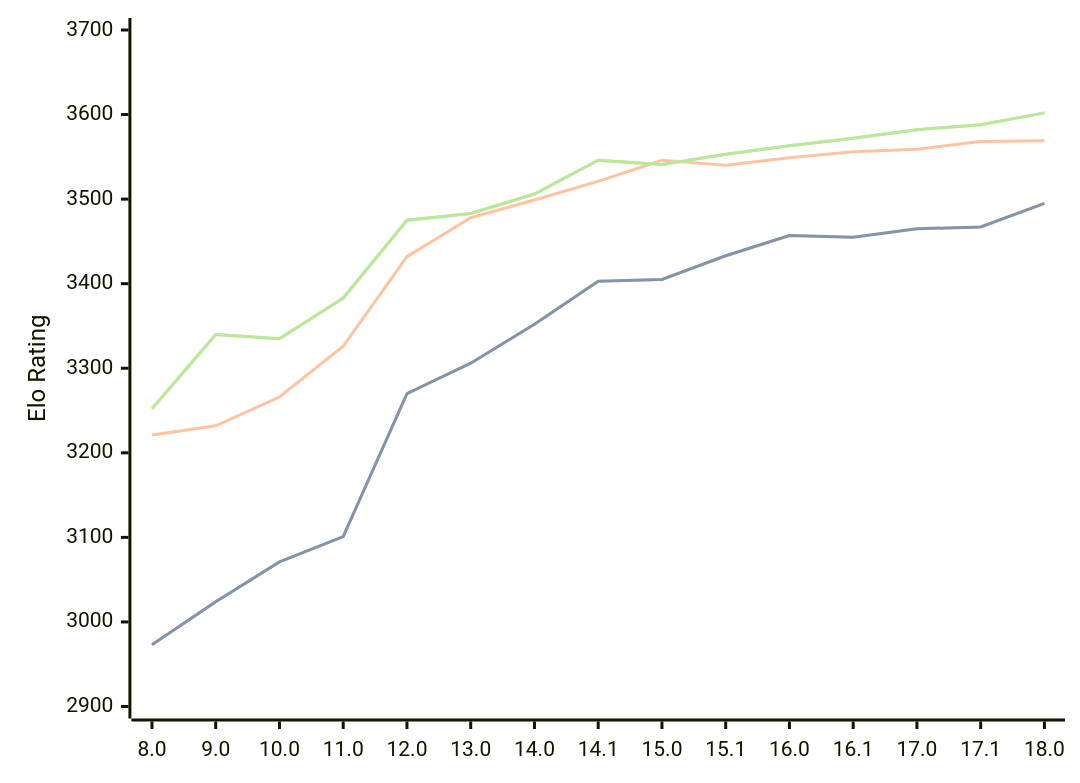
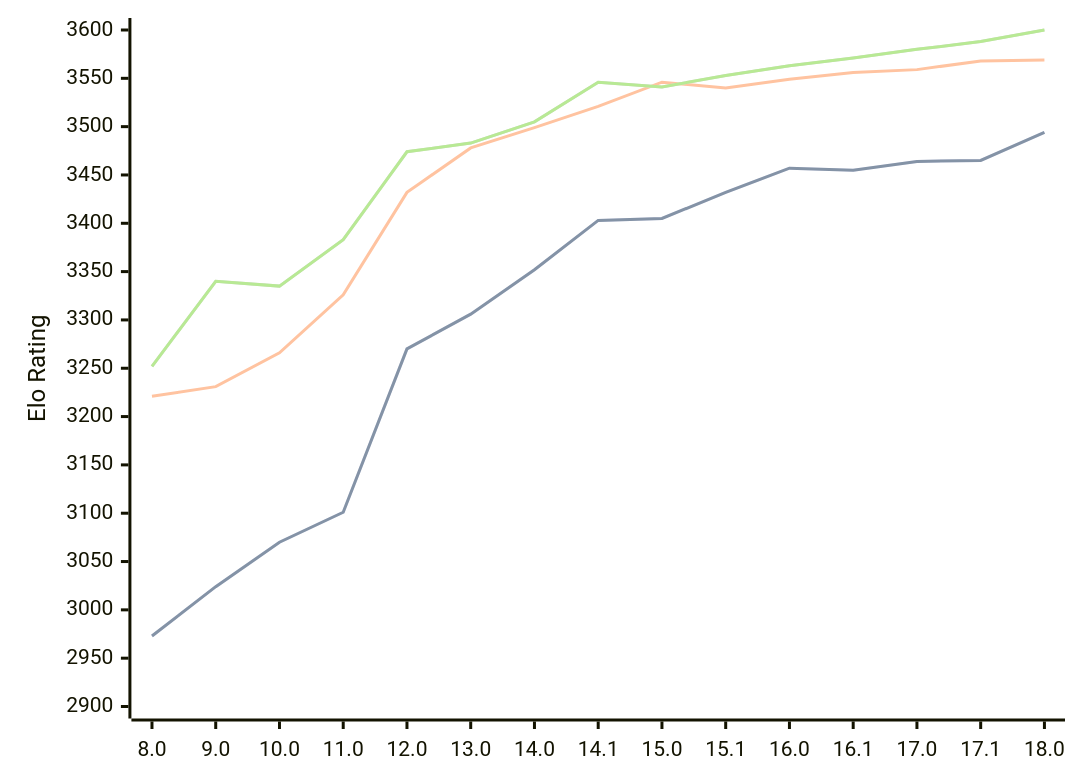
One commit to computer-chess-index/cci changed the diagram in engines/Stockfish.md. Above: the diagram before and after it, drawn with Mermaid. The commit also changed other lines of this file, not shown here.

Commit message:
Update CCI Ratings (ELO VLTC) - 2026-06-12

````diff
--- a/engines/Stockfish.md
+++ b/engines/Stockfish.md
@@ -46,11 +46,11 @@
 ```mermaid
 %%{init: {"theme":"base","themeVariables":{"seriesColors:['#a3a3a3','#222221','#faa371']}}}%%
 xychart-beta
   x-axis ["8.0", "9.0", "10.0", "11.0", "12.0", "13.0", "14.0", "14.1", "15.0", "15.1", "16.0", "16.1", "17.0", "17.1", "18.0"]
-  y-axis "Elo Rating" 2900 --> 3700
-  line "STC (8.0+0.08s)" [2973, 3024, 3071, 3101, 3270, 3306, 3352, 3403, 3405, 3433, 3457, 3455, 3465, 3467, 3495]
-  line "STC (8.0+0.08s)" [2973, 3024, 3071, 3101, 3270, 3306, 3352, 3403, 3405, 3433, 3457, 3455, 3465, 3467, 3495]
-  line "LTC (60.0+0.60s)" [3221, 3232, 3266, 3326, 3432, 3478, 3499, 3521, 3546, 3540, 3549, 3556, 3559, 3568, 3569]
-  line "VLTC (2m24s+1.12s)" [3252, 3340, 3335, 3383, 3475, 3483, 3506, 3546, 3541, 3553, 3563, 3572, 3582, 3588, 3602]
-  line "VLTC (2m24s+1.12s)" [3252, 3340, 3335, 3383, 3475, 3483, 3506, 3546, 3541, 3553, 3563, 3572, 3582, 3588, 3602]
+  y-axis "Elo Rating" 2900 --> 3600
+  line "STC (8.0+0.08s)" [2973, 3024, 3070, 3101, 3270, 3306, 3352, 3403, 3405, 3432, 3457, 3455, 3464, 3465, 3494]
+  line "STC (8.0+0.08s)" [2973, 3024, 3070, 3101, 3270, 3306, 3352, 3403, 3405, 3432, 3457, 3455, 3464, 3465, 3494]
+  line "LTC (60.0+0.60s)" [3221, 3231, 3266, 3326, 3432, 3478, 3499, 3521, 3546, 3540, 3549, 3556, 3559, 3568, 3569]
+  line "VLTC (2m24s+1.12s)" [3252, 3340, 3335, 3383, 3474, 3483, 3505, 3546, 3541, 3553, 3563, 3571, 3580, 3588, 3600]
+  line "VLTC (2m24s+1.12s)" [3252, 3340, 3335, 3383, 3474, 3483, 3505, 3546, 3541, 3553, 3563, 3571, 3580, 3588, 3600]
 ```
````
